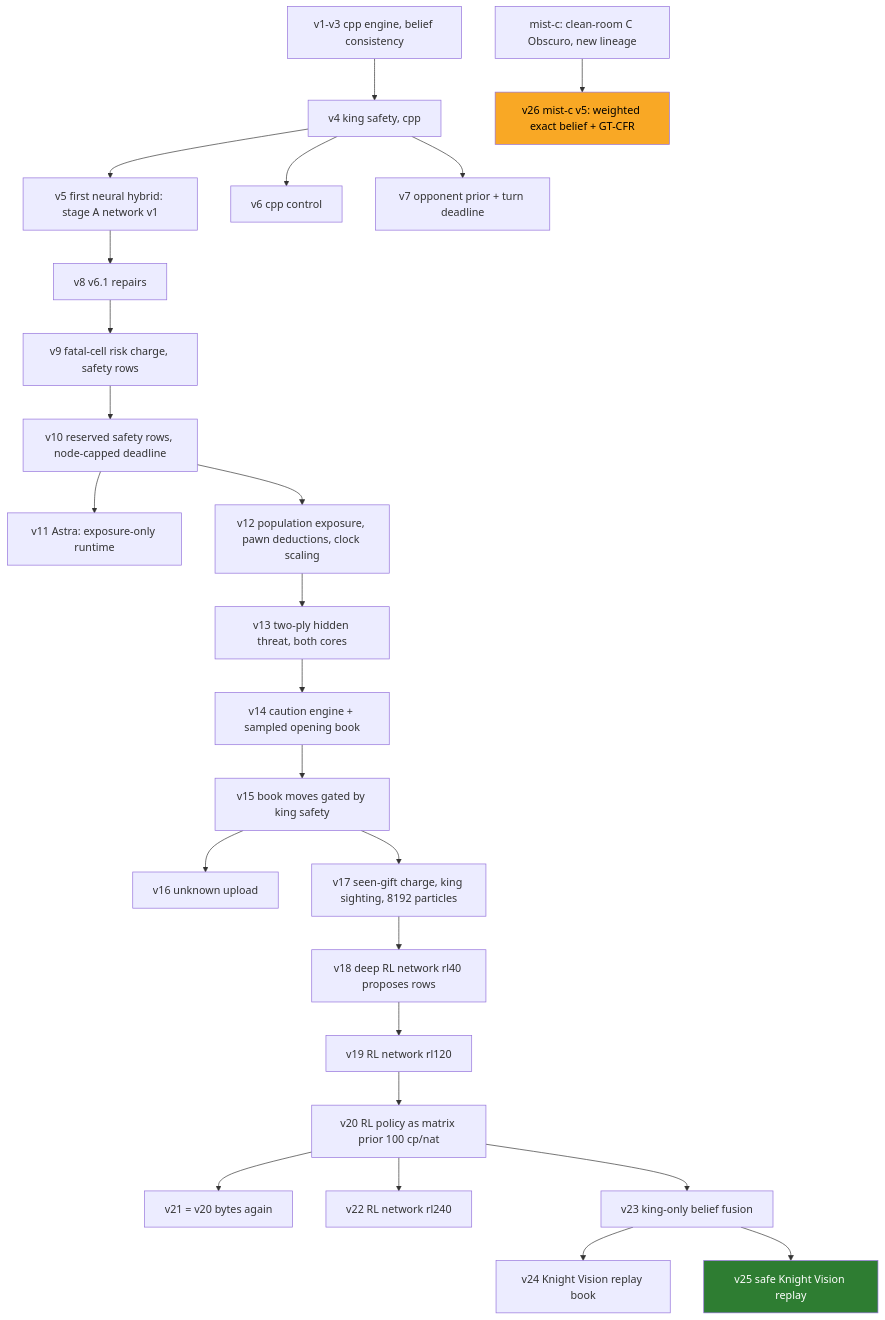
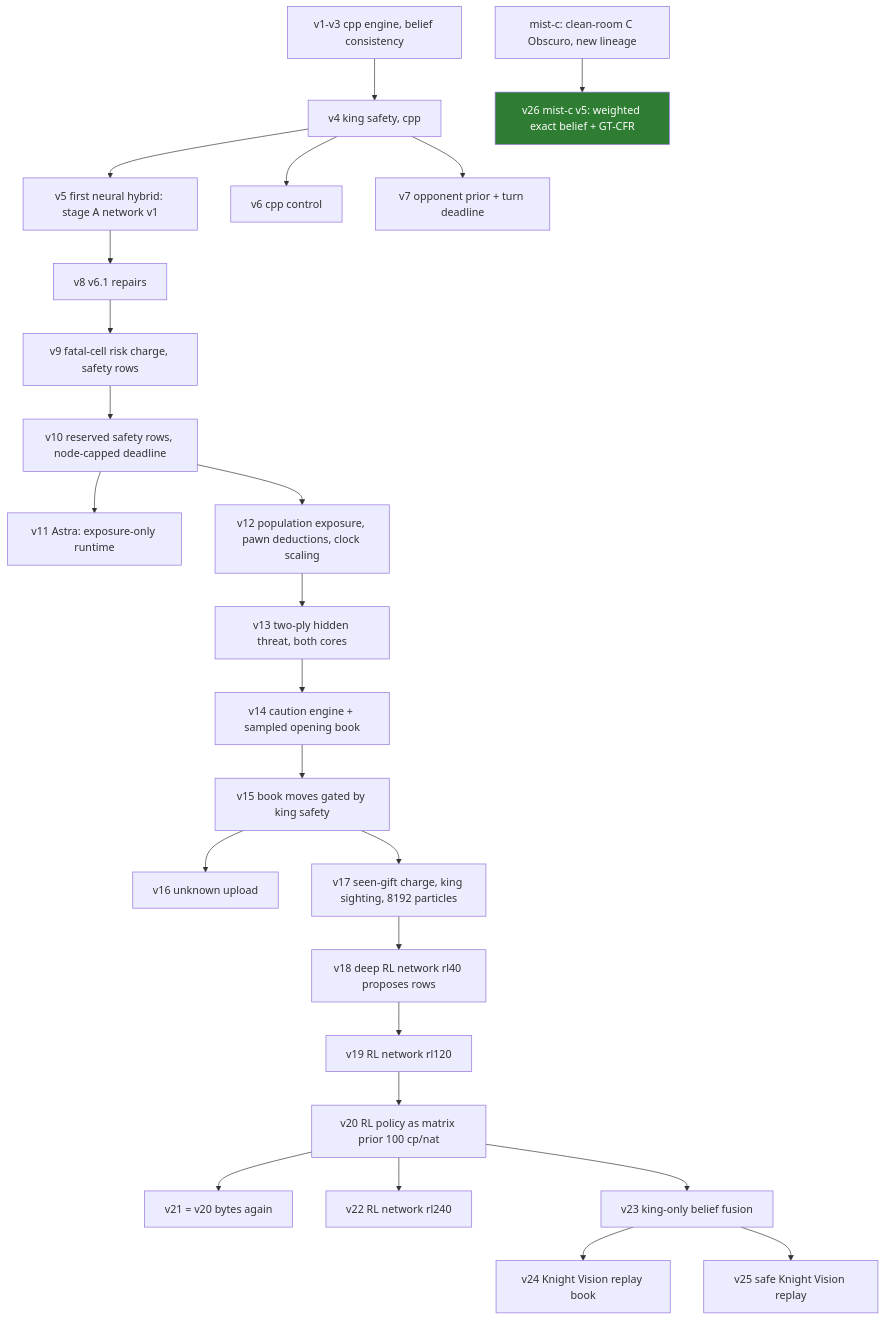
The diagram in MUTATIONS.md (htansetiawan/iamavirus), drawn with Mermaid before and after one commit. The commit also changed other lines of this file and 1 other file, not shown here.

Commit message:
Arena v26 (mist-c v5) passed validation and is active from about 21:18 UTC; v25 ends at 235-48-245

````diff
--- a/MUTATIONS.md
+++ b/MUTATIONS.md
@@ -20,28 +20,27 @@
 ```mermaid
 flowchart TD
   v1[v1-v3 cpp engine, belief consistency] --> v4[v4 king safety, cpp]
   v4 --> v5[v5 first neural hybrid: stage A network v1]
   v4 --> v6[v6 cpp control]
   v4 --> v7[v7 opponent prior + turn deadline]
   v5 --> v8[v8 v6.1 repairs] --> v9[v9 fatal-cell risk charge, safety rows] --> v10[v10 reserved safety rows, node-capped deadline]
   v10 --> v11[v11 Astra: exposure-only runtime]
   v10 --> v12[v12 population exposure, pawn deductions, clock scaling]
   v12 --> v13[v13 two-ply hidden threat, both cores]
   v13 --> v14[v14 caution engine + sampled opening book]
   v14 --> v15[v15 book moves gated by king safety]
   v15 --> v16[v16 unknown upload]
   v15 --> v17[v17 seen-gift charge, king sighting, 8192 particles]
   v17 --> v18[v18 deep RL network rl40 proposes rows]
   v18 --> v19[v19 RL network rl120]
   v19 --> v20[v20 RL policy as matrix prior 100 cp/nat]
   v20 --> v21[v21 = v20 bytes again]
   v20 --> v22[v22 RL network rl240]
   v20 --> v23[v23 king-only belief fusion]
   v23 --> v24[v24 Knight Vision replay book]
   v23 --> v25[v25 safe Knight Vision replay]
   mc[mist-c: clean-room C Obscuro, new lineage] --> v26[v26 mist-c v5: weighted exact belief + GT-CFR]
   classDef alive fill:#2e7d32,color:#fff;
   classDef cand fill:#f9a825,color:#000;
-  class v25 alive;
-  class v26 cand;
+  class v26 alive;
 ```
````
